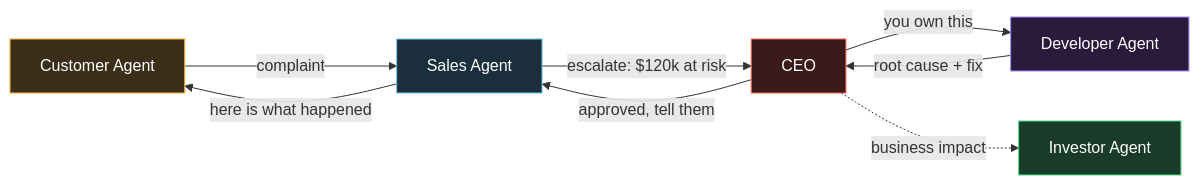
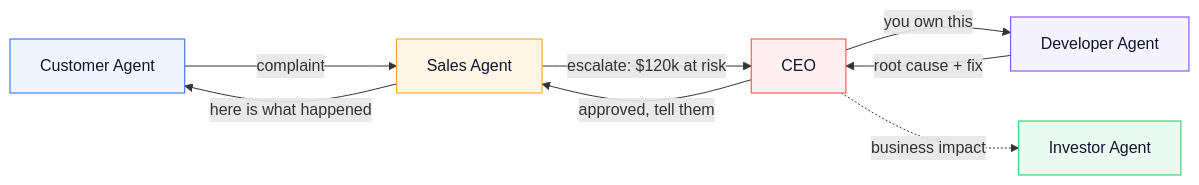
The diagram in README.md (alihassanml/AI-Reality-Simulator-Agents), drawn with Mermaid before and after one commit. The commit also changed other lines of this file, not shown here.

````diff
--- a/README.md
+++ b/README.md
@@ -120,16 +120,16 @@
 ```mermaid
 graph LR
     C[Customer Agent]:::cust -->|"complaint"| S[Sales Agent]:::sales
     S -->|"escalate: $120k at risk"| CEO[CEO]:::ceo
     CEO -->|"you own this"| D[Developer Agent]:::dev
     D -->|"root cause + fix"| CEO
     CEO -->|"approved, tell them"| S
     S -->|"here is what happened"| C
     CEO -.->|"business impact"| I[Investor Agent]:::inv
 
-    classDef cust fill:#3b2f1a,stroke:#FFAE3B,color:#fff
-    classDef sales fill:#1a2f3b,stroke:#6EC7F2,color:#fff
-    classDef ceo fill:#3b1a1a,stroke:#FF5F4E,color:#fff
-    classDef dev fill:#2a1a3b,stroke:#A78BFA,color:#fff
-    classDef inv fill:#1a3b2a,stroke:#4ADE80,color:#fff
+    classDef cust fill:#EFF6FF,stroke:#2563EB,color:#0F172A
+    classDef sales fill:#FEF5E7,stroke:#F59E0B,color:#0F172A
+    classDef ceo fill:#FEF0F0,stroke:#EF4444,color:#0F172A
+    classDef dev fill:#F5F3FF,stroke:#7C3AED,color:#0F172A
+    classDef inv fill:#EBFAF1,stroke:#22C55E,color:#0F172A
 ```
````
